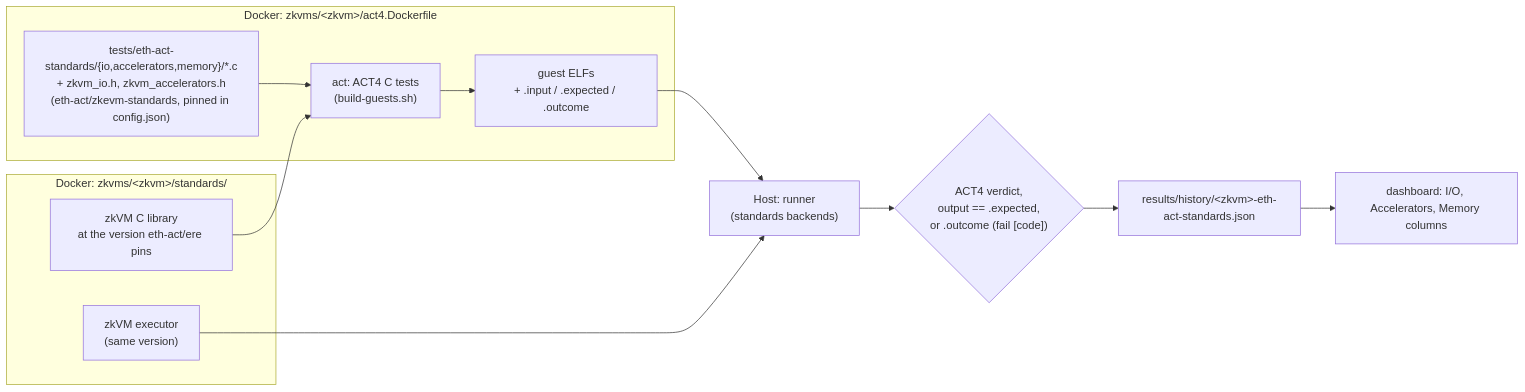
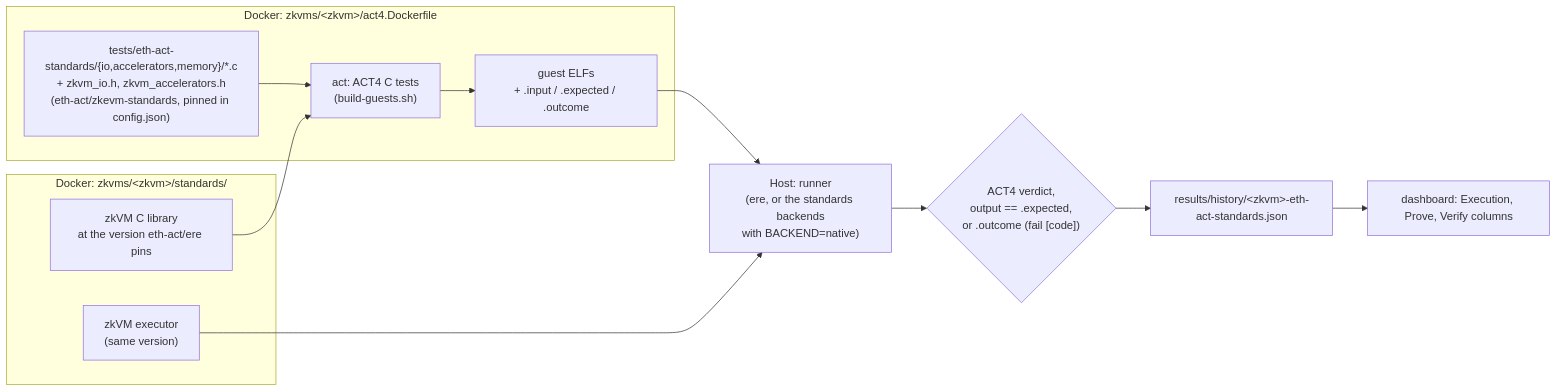
One commit to eth-act/zkevm-test-monitor changed the second of 2 diagrams in README.md. Above: the diagram before and after it, drawn with Mermaid. The commit also changed other lines of this file and 9 other files, not shown here.

First line of the commit message:
eth-act standards tests: run through ere with prove and verify

````diff
--- a/README.md
+++ b/README.md
@@ -56,17 +56,17 @@
 ```mermaid
 flowchart LR
     subgraph image["Docker: zkvms/&lt;zkvm&gt;/standards/"]
         vendor["zkVM C library<br/>at the version eth-act/ere pins"]
         exe["zkVM executor<br/>(same version)"]
     end
     subgraph act["Docker: zkvms/&lt;zkvm&gt;/act4.Dockerfile"]
         src["tests/eth-act-standards/{io,accelerators,memory}/*.c<br/>+ zkvm_io.h, zkvm_accelerators.h<br/>(eth-act/zkevm-standards, pinned in config.json)"] --> build["act: ACT4 C tests<br/>(build-guests.sh)"]
         build --> elfs["guest ELFs<br/>+ .input / .expected / .outcome"]
     end
     vendor --> build
-    elfs --> runner["Host: runner<br/>(standards backends)"]
+    elfs --> runner["Host: runner<br/>(ere, or the standards backends<br/>with BACKEND=native)"]
     exe --> runner
     runner --> verdict{"ACT4 verdict,<br/>output == .expected,<br/>or .outcome (fail [code])"}
     verdict --> hist["results/history/&lt;zkvm&gt;-eth-act-standards.json"]
-    hist --> dash["dashboard: I/O, Accelerators, Memory columns"]
+    hist --> dash["dashboard: Execution, Prove, Verify columns"]
 ```
````
